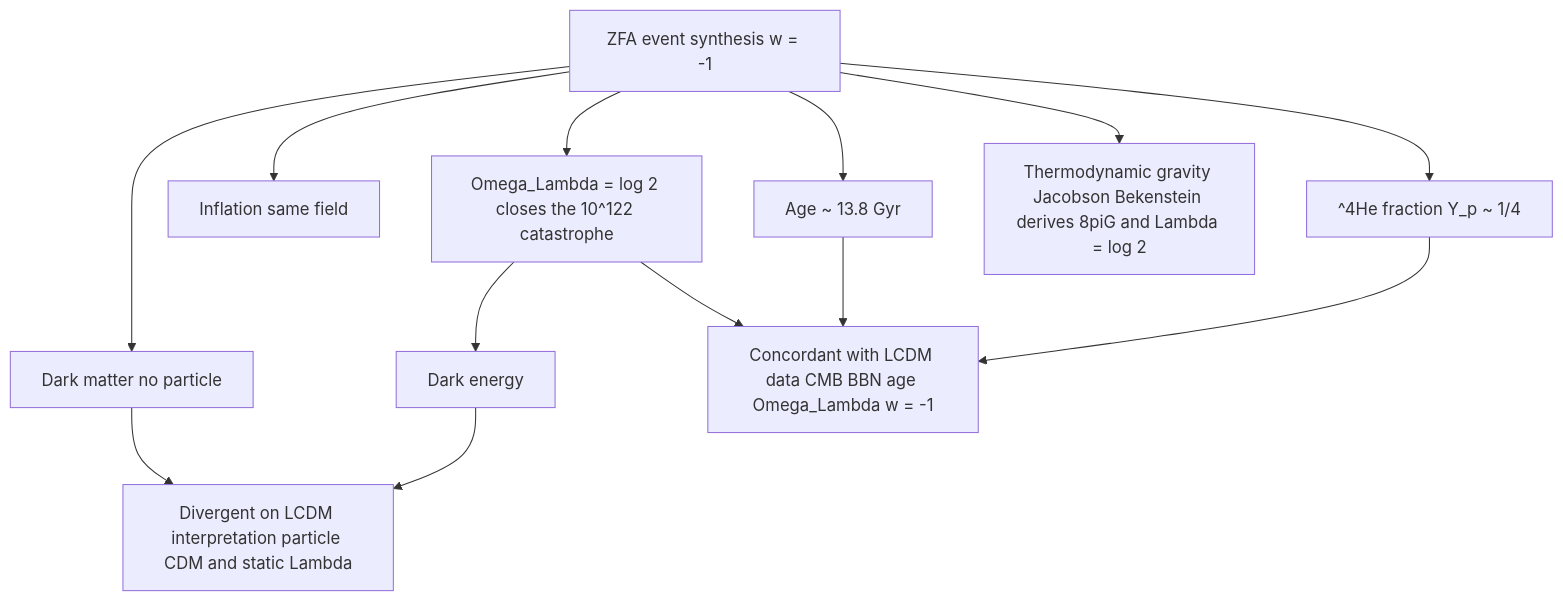
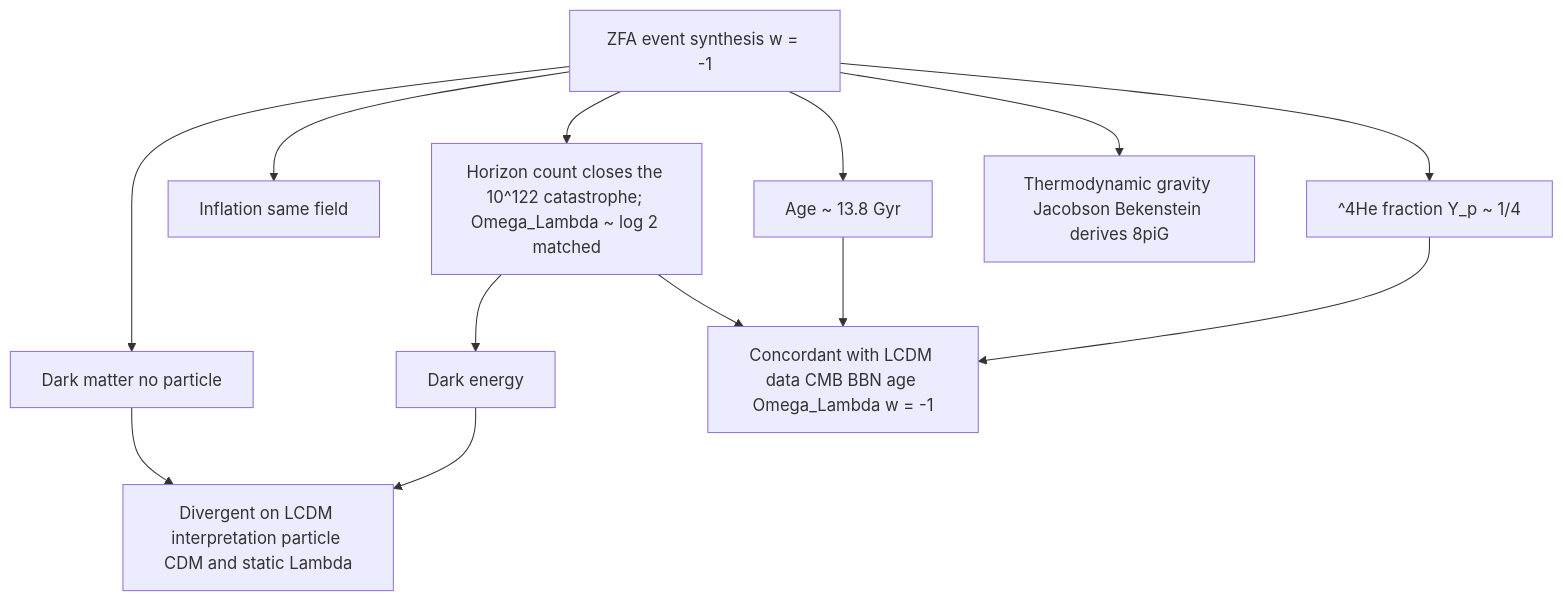
One commit to rchain-community/quantum-logical-framework changed the seventh of 13 diagrams in tools/flowchart_source.md. Above: the diagram before and after it, drawn with Mermaid. The commit also changed other lines of this file and 6 other files, not shown here.

First line of the commit message:
Conservative sweep of the Omega_Lambda = log 2 headline: an observed match, not derived

````diff
--- a/tools/flowchart_source.md
+++ b/tools/flowchart_source.md
@@ -207,16 +207,16 @@
 ```mermaid
 flowchart TD
   EV["ZFA event synthesis w = -1"]
-  EV --> OL["Omega_Lambda = log 2 closes the 10^122 catastrophe"]
+  EV --> OL["Horizon count closes the 10^122 catastrophe; Omega_Lambda ~ log 2 matched"]
   EV --> IN["Inflation same field"]
   EV --> DM["Dark matter no particle"]
   OL --> DE["Dark energy"]
   EV --> AGE["Age ~ 13.8 Gyr"]
   EV --> NS["^4He fraction Y_p ~ 1/4"]
   OL --> CORE["Concordant with LCDM data CMB BBN age Omega_Lambda w = -1"]
   AGE --> CORE
   NS --> CORE
   DM --> DIV["Divergent on LCDM interpretation particle CDM and static Lambda"]
   DE --> DIV
-  EV --> TG["Thermodynamic gravity Jacobson Bekenstein derives 8piG and Lambda = log 2"]
+  EV --> TG["Thermodynamic gravity Jacobson Bekenstein derives 8piG"]
 ```
````
